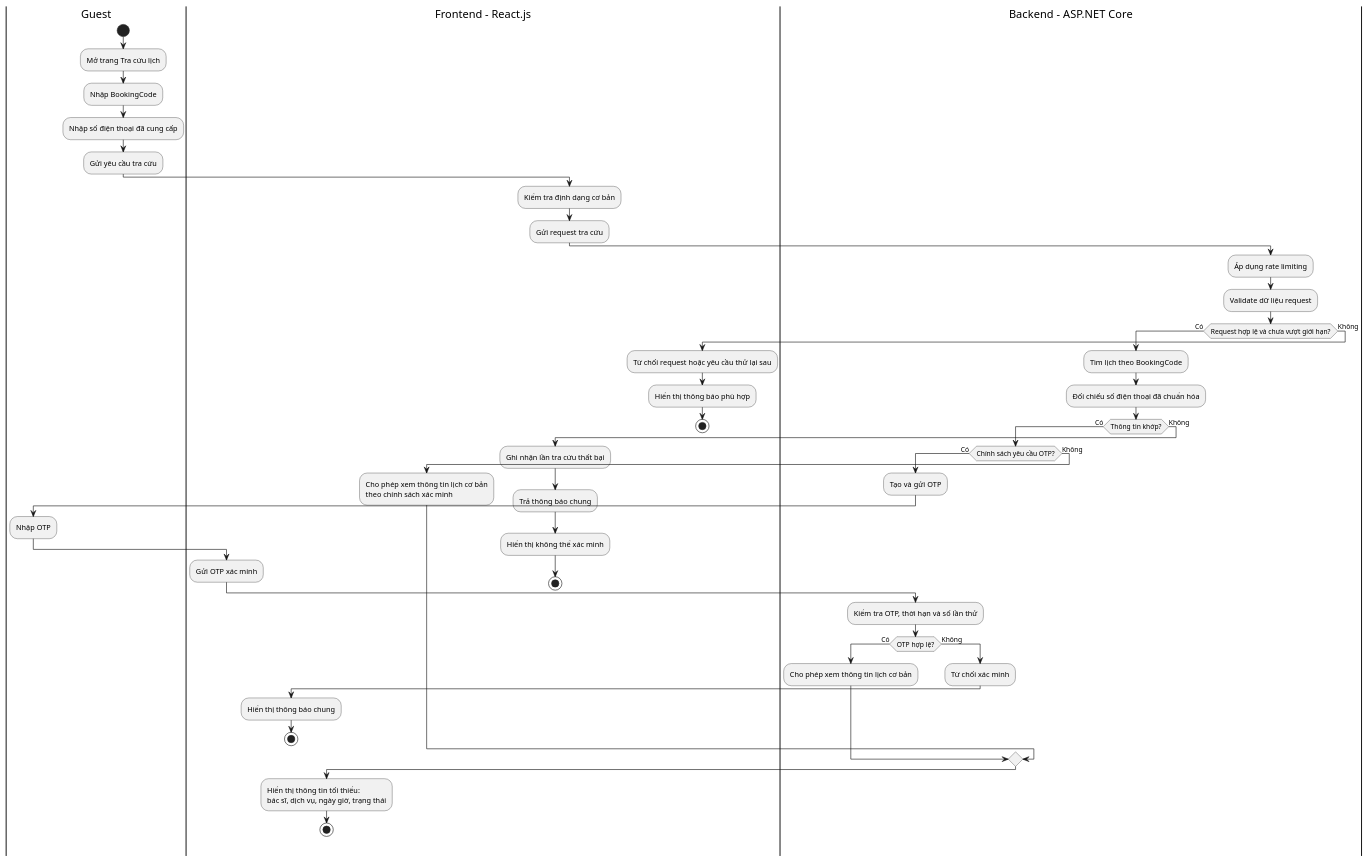
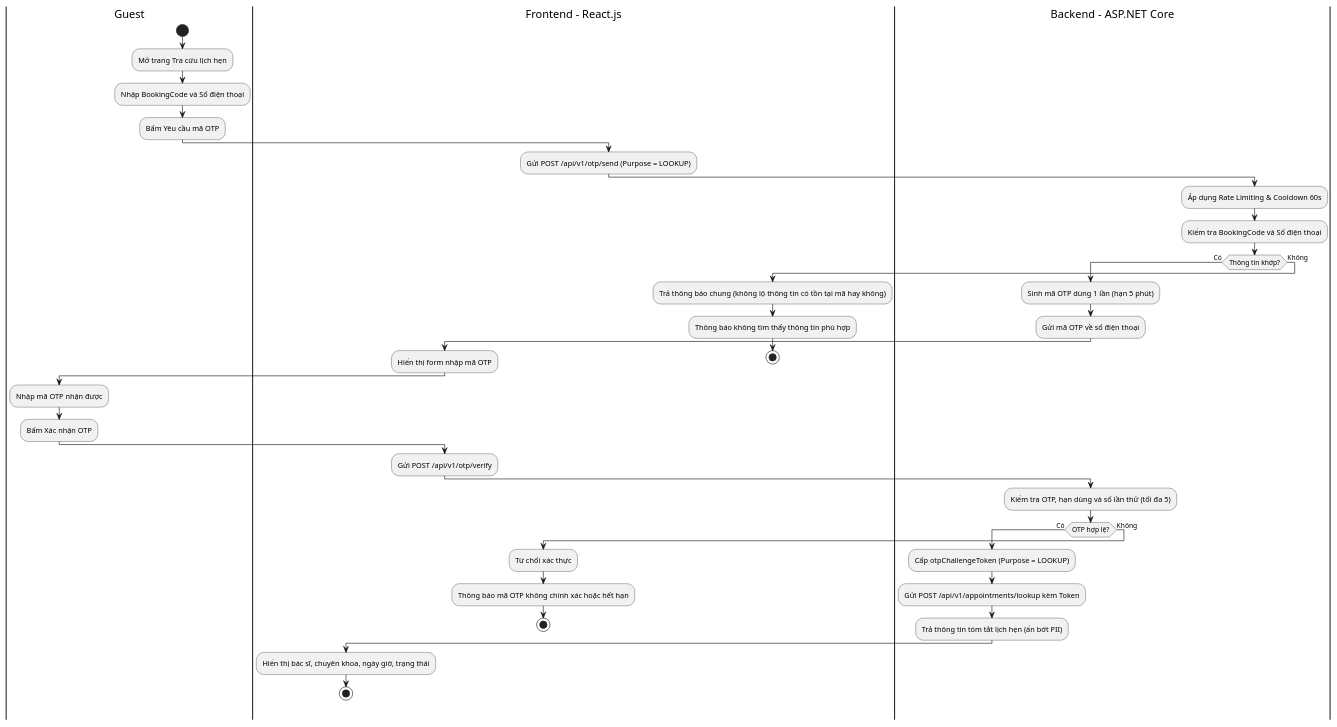
One commit to lin0935191047-ops/Clinic_Appointment_Management_Project changed the second of 5 diagrams in docs/ACTIVITY_DIAGRAMS.md. Above: the diagram before and after it, drawn with PlantUML. The commit also changed other lines of this file and 12 other files, not shown here.

````diff
--- a/docs/ACTIVITY_DIAGRAMS.md
+++ b/docs/ACTIVITY_DIAGRAMS.md
@@ -90,57 +97,47 @@
+```plantuml
 @startuml
 |Guest|
 start
-:Mở trang Tra cứu lịch;
-:Nhập BookingCode;
-:Nhập số điện thoại đã cung cấp;
-:Gửi yêu cầu tra cứu;
+:Mở trang Tra cứu lịch hẹn;
+:Nhập BookingCode và Số điện thoại;
+:Bấm Yêu cầu mã OTP;
 
 |Frontend - React.js|
-:Kiểm tra định dạng cơ bản;
-:Gửi request tra cứu;
+:Gửi POST /api/v1/otp/send (Purpose = LOOKUP);
 
 |Backend - ASP.NET Core|
-:Áp dụng rate limiting;
-:Validate dữ liệu request;
-if (Request hợp lệ và chưa vượt giới hạn?) then (Có)
-  :Tìm lịch theo BookingCode;
-  :Đối chiếu số điện thoại đã chuẩn hóa;
-  if (Thông tin khớp?) then (Có)
-    if (Chính sách yêu cầu OTP?) then (Có)
-      :Tạo và gửi OTP;
-      |Guest|
-      :Nhập OTP;
-      |Frontend - React.js|
-      :Gửi OTP xác minh;
-      |Backend - ASP.NET Core|
-      :Kiểm tra OTP, thời hạn và số lần thử;
-      if (OTP hợp lệ?) then (Có)
-        :Cho phép xem thông tin lịch cơ bản;
-      else (Không)
-        :Từ chối xác minh;
-        |Frontend - React.js|
-        :Hiển thị thông báo chung;
-        stop
-      endif
-    else (Không)
-      :Cho phép xem thông tin lịch cơ bản
-      theo chính sách xác minh;
-    endif
+:Áp dụng Rate Limiting & Cooldown 60s;
+:Kiểm tra BookingCode và Số điện thoại;
+if (Thông tin khớp?) then (Có)
+  :Sinh mã OTP dùng 1 lần (hạn 5 phút);
+  :Gửi mã OTP về số điện thoại;
+  |Frontend - React.js|
+  :Hiển thị form nhập mã OTP;
+  |Guest|
+  :Nhập mã OTP nhận được;
+  :Bấm Xác nhận OTP;
+  |Frontend - React.js|
+  :Gửi POST /api/v1/otp/verify;
+  |Backend - ASP.NET Core|
+  :Kiểm tra OTP, hạn dùng và số lần thử (tối đa 5);
+  if (OTP hợp lệ?) then (Có)
+    :Cấp otpChallengeToken (Purpose = LOOKUP);
+    :Gửi POST /api/v1/appointments/lookup kèm Token;
+    :Trả thông tin tóm tắt lịch hẹn (ẩn bớt PII);
     |Frontend - React.js|
-    :Hiển thị thông tin tối thiểu:
-    bác sĩ, dịch vụ, ngày giờ, trạng thái;
+    :Hiển thị bác sĩ, chuyên khoa, ngày giờ, trạng thái;
     stop
   else (Không)
-    :Ghi nhận lần tra cứu thất bại;
-    :Trả thông báo chung;
+    :Từ chối xác thực;
     |Frontend - React.js|
-    :Hiển thị không thể xác minh;
+    :Thông báo mã OTP không chính xác hoặc hết hạn;
     stop
   endif
 else (Không)
-  :Từ chối request hoặc yêu cầu thử lại sau;
+  :Trả thông báo chung (không lộ thông tin có tồn tại mã hay không);
   |Frontend - React.js|
-  :Hiển thị thông báo phù hợp;
+  :Thông báo không tìm thấy thông tin phù hợp;
   stop
 endif
 @enduml
+```
````
